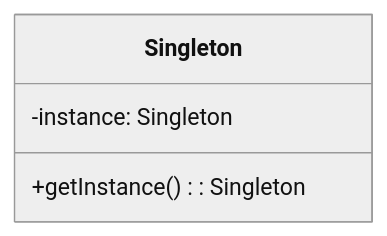
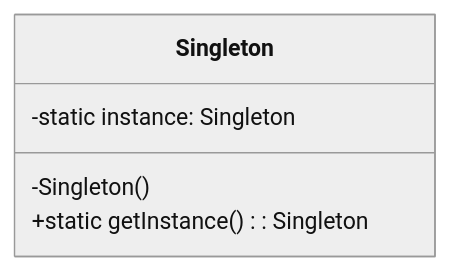
The first of 2 diagrams in Singleton/README.md (SamuelLnds/LandaisSamuel_TP_DesignPatterns), drawn with Mermaid (neutral theme) before and after one commit. The commit also changed other lines of this file and 12 other files, not shown here.

Commit message:
revue des README, correction des diagrammes, ajout de diagrammes de séquence pour détailler l'explication, correction du français, ajout d'informations supplémentaires, révision de la disposition des limitations à certains endroits

````diff
--- a/Singleton/README.md
+++ b/Singleton/README.md
@@ -7,7 +7,8 @@
 ```mermaid
 classDiagram
     class Singleton {
-        -instance: Singleton
-        +getInstance(): Singleton
+        -static instance: Singleton
+        -Singleton()
+        +static getInstance(): Singleton
     }
 ```
````
